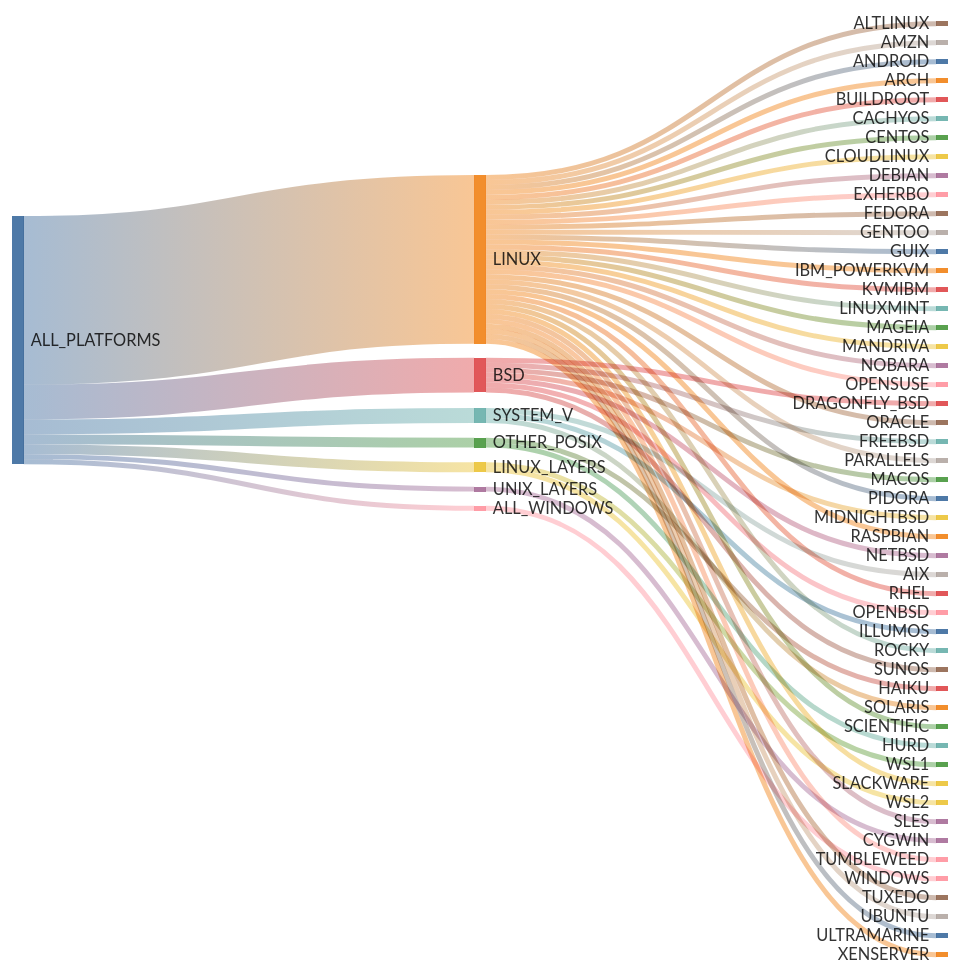
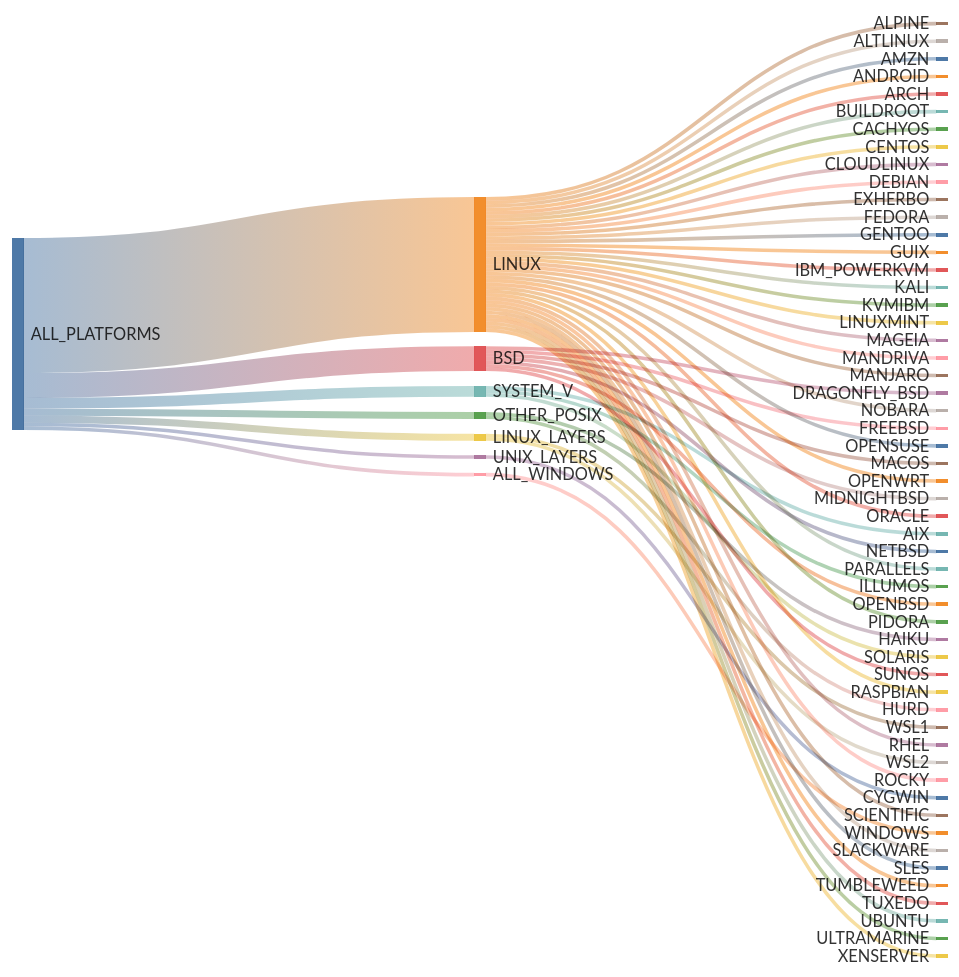
One commit to kdeldycke/extra-platforms changed the first of 2 diagrams in docs/platforms.md. Above: the diagram before and after it, drawn with Mermaid. The commit also changed other lines of this file and 11 other files, not shown here.

````diff
--- a/docs/platforms.md
+++ b/docs/platforms.md
@@ -151,64 +155,68 @@
 ```mermaid
 ---
 config: {"sankey": {"showValues": false, "width": 800, "height": 800}}
 ---
 sankey-beta
 
-ALL_PLATFORMS,LINUX,34
+ALL_PLATFORMS,LINUX,38
 ALL_PLATFORMS,BSD,7
 ALL_PLATFORMS,SYSTEM_V,3
 ALL_PLATFORMS,OTHER_POSIX,2
 ALL_PLATFORMS,LINUX_LAYERS,2
 ALL_PLATFORMS,UNIX_LAYERS,1
 ALL_PLATFORMS,ALL_WINDOWS,1
+LINUX,ALPINE,1
 LINUX,ALTLINUX,1
 LINUX,AMZN,1
 LINUX,ANDROID,1
 LINUX,ARCH,1
 LINUX,BUILDROOT,1
 LINUX,CACHYOS,1
 LINUX,CENTOS,1
 LINUX,CLOUDLINUX,1
 LINUX,DEBIAN,1
 LINUX,EXHERBO,1
 LINUX,FEDORA,1
 LINUX,GENTOO,1
 LINUX,GUIX,1
 LINUX,IBM_POWERKVM,1
+LINUX,KALI,1
 LINUX,KVMIBM,1
 LINUX,LINUXMINT,1
 LINUX,MAGEIA,1
 LINUX,MANDRIVA,1
+LINUX,MANJARO,1
 LINUX,NOBARA,1
 LINUX,OPENSUSE,1
+LINUX,OPENWRT,1
 LINUX,ORACLE,1
 LINUX,PARALLELS,1
 LINUX,PIDORA,1
 LINUX,RASPBIAN,1
 LINUX,RHEL,1
 LINUX,ROCKY,1
 LINUX,SCIENTIFIC,1
 LINUX,SLACKWARE,1
 LINUX,SLES,1
 LINUX,TUMBLEWEED,1
 LINUX,TUXEDO,1
 LINUX,UBUNTU,1
 LINUX,ULTRAMARINE,1
 LINUX,XENSERVER,1
 BSD,DRAGONFLY_BSD,1
 BSD,FREEBSD,1
 BSD,MACOS,1
 BSD,MIDNIGHTBSD,1
 BSD,NETBSD,1
 BSD,OPENBSD,1
 BSD,SUNOS,1
 SYSTEM_V,AIX,1
 SYSTEM_V,ILLUMOS,1
 SYSTEM_V,SOLARIS,1
 OTHER_POSIX,HAIKU,1
 OTHER_POSIX,HURD,1
 LINUX_LAYERS,WSL1,1
 LINUX_LAYERS,WSL2,1
 UNIX_LAYERS,CYGWIN,1
 ALL_WINDOWS,WINDOWS,1
 ```
````
